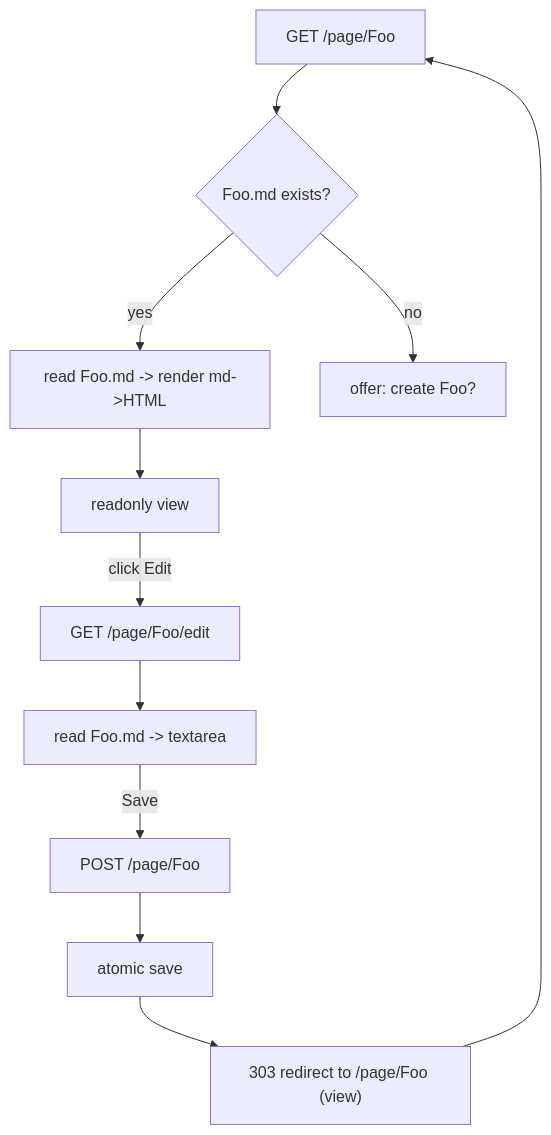
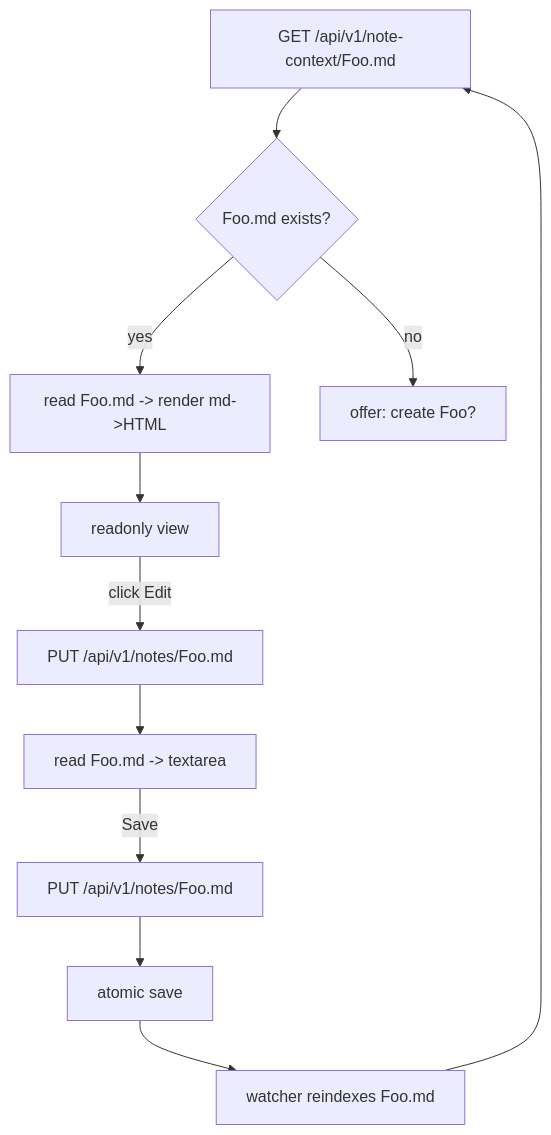
One commit to azusachino/miku changed the second of 8 diagrams in miku_docs/dataflow.md. Above: the diagram before and after it, drawn with Mermaid. The commit also changed other lines of this file and 42 other files, not shown here.

Commit message:
docs: align current architecture and vault notes

````diff
--- a/miku_docs/dataflow.md
+++ b/miku_docs/dataflow.md
@@ -37,13 +45,13 @@
 ```mermaid
 flowchart TD
-  V["GET /page/Foo"] --> X{"Foo.md exists?"}
+  V["GET /api/v1/note-context/Foo.md"] --> X{"Foo.md exists?"}
   X -- yes --> R["read Foo.md -> render md->HTML"] --> RO["readonly view"]
   X -- no --> NEW["offer: create Foo?"]
 
-  RO -->|"click Edit"| E["GET /page/Foo/edit"]
+  RO -->|"click Edit"| E["PUT /api/v1/notes/Foo.md"]
   E --> T["read Foo.md -> textarea"]
-  T -->|"Save"| P["POST /page/Foo"]
+  T -->|"Save"| P["PUT /api/v1/notes/Foo.md"]
   P --> S["atomic save"]
-  S --> RD["303 redirect to /page/Foo (view)"]
+  S --> RD["watcher reindexes Foo.md"]
   RD --> V
 ```
````
